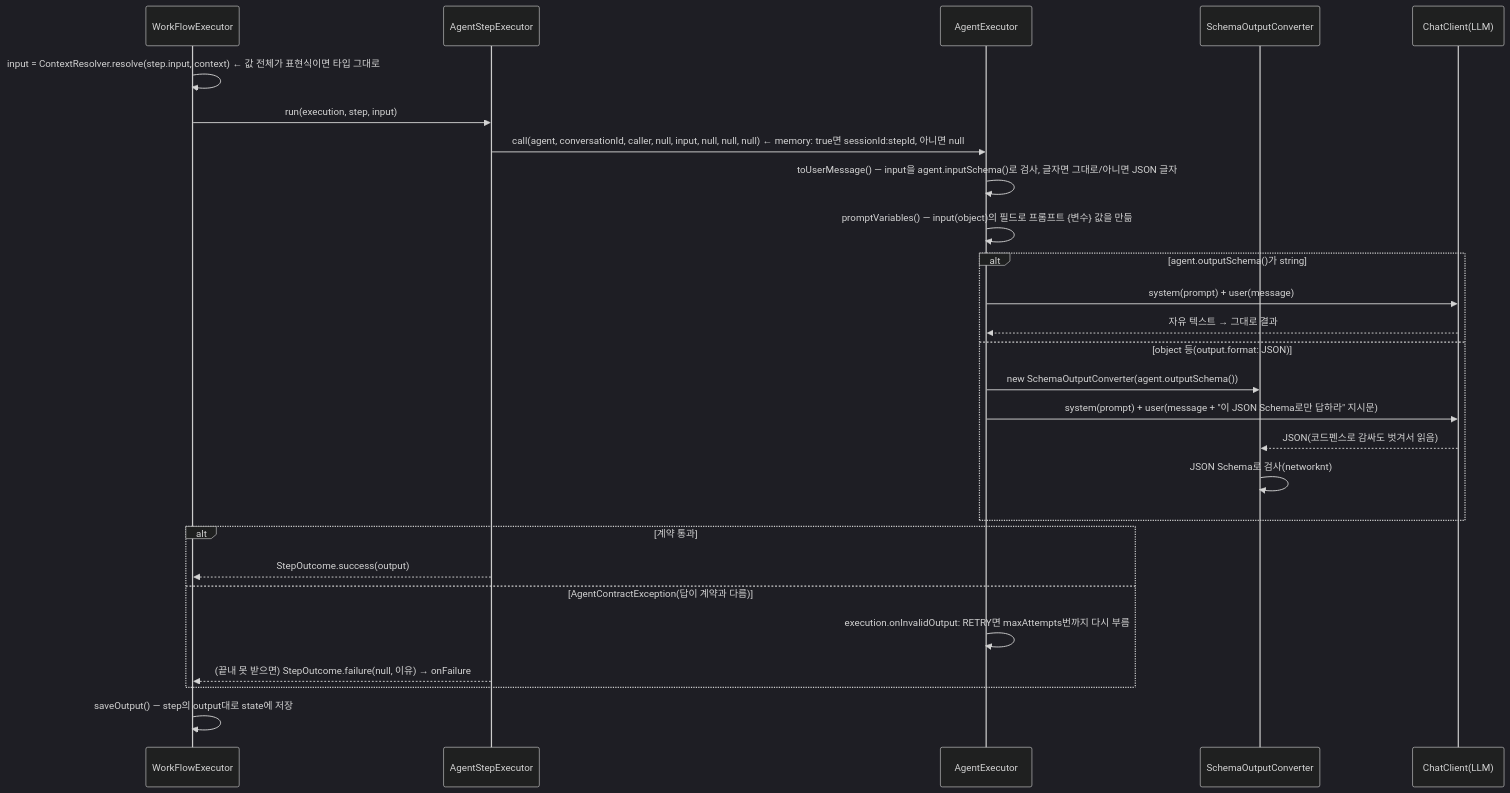
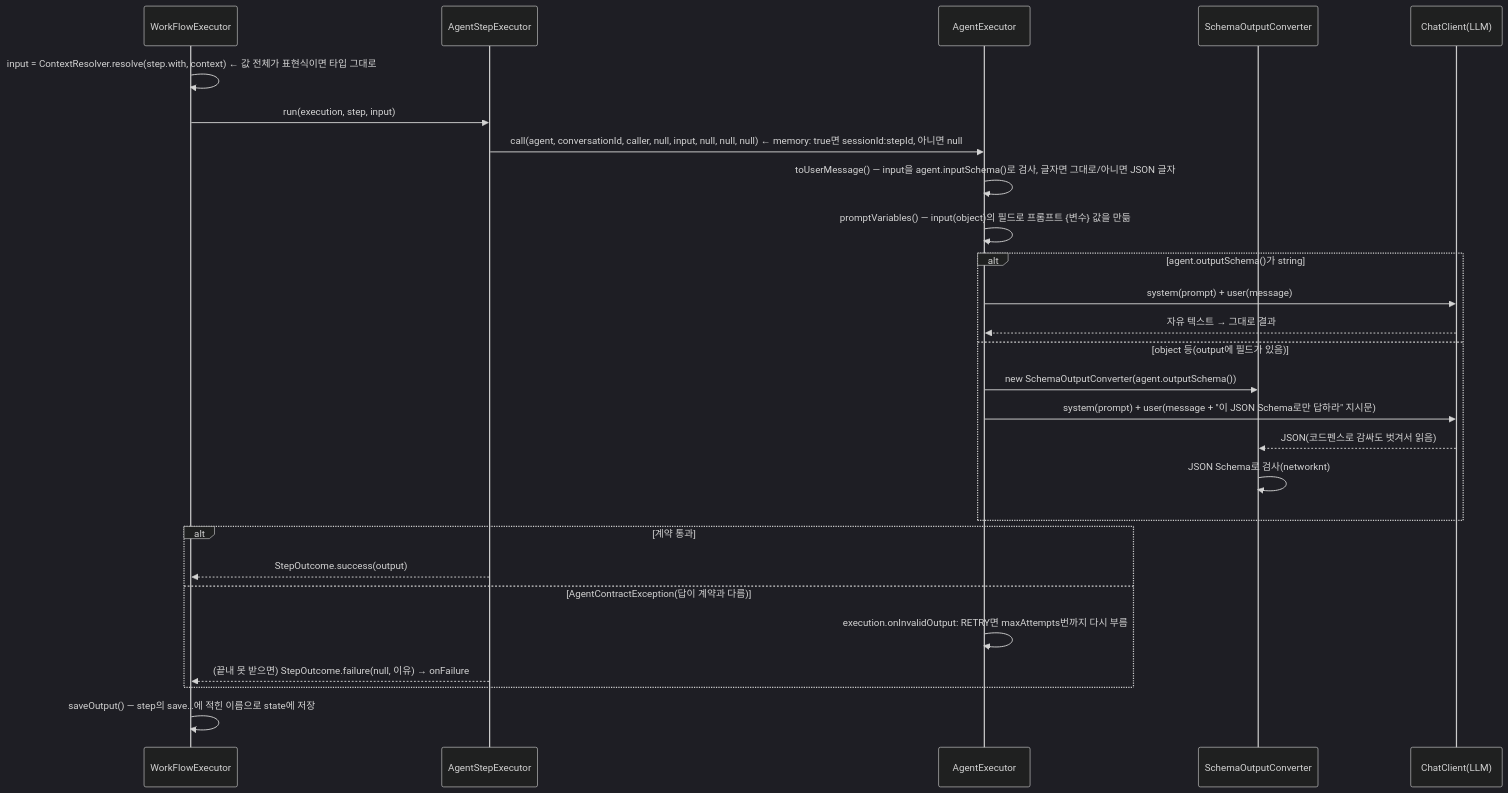
Before and after one commit to YongSoekChoeng/dstone: the sixth of 10 diagrams in docs/09.dstone-ai-engine.md, drawn with Mermaid (dark theme). The commit also changed other lines of this file and 7 other files, not shown here.

First line of the commit message:
docs: 정의 파일 새 형식(.agent.md, Picoschema, with/save/return/state) 반영

````diff
--- a/docs/09.dstone-ai-engine.md
+++ b/docs/09.dstone-ai-engine.md
@@ -766,29 +766,29 @@
 ```mermaid
 sequenceDiagram
     participant WE as WorkFlowExecutor
     participant ASR as AgentStepExecutor
     participant AE as AgentExecutor
     participant CV as SchemaOutputConverter
     participant LLM as ChatClient(LLM)
-    WE->>WE: input = ContextResolver.resolve(step.input, context)  ← 값 전체가 표현식이면 타입 그대로
+    WE->>WE: input = ContextResolver.resolve(step.with, context)  ← 값 전체가 표현식이면 타입 그대로
     WE->>ASR: run(execution, step, input)
     ASR->>AE: call(agent, conversationId, caller, null, input, null, null, null)  ← memory: true면 sessionId:stepId, 아니면 null
     AE->>AE: toUserMessage() — input을 agent.inputSchema()로 검사, 글자면 그대로/아니면 JSON 글자
     AE->>AE: promptVariables() — input(object)의 필드로 프롬프트 {변수} 값을 만듦
     alt agent.outputSchema()가 string
         AE->>LLM: system(prompt) + user(message)
         LLM-->>AE: 자유 텍스트 → 그대로 결과
-    else object 등(output.format: JSON)
+    else object 등(output에 필드가 있음)
         AE->>CV: new SchemaOutputConverter(agent.outputSchema())
         AE->>LLM: system(prompt) + user(message + "이 JSON Schema로만 답하라" 지시문)
         LLM-->>CV: JSON(코드펜스로 감싸도 벗겨서 읽음)
         CV->>CV: JSON Schema로 검사(networknt)
     end
     alt 계약 통과
         ASR-->>WE: StepOutcome.success(output)
     else AgentContractException(답이 계약과 다름)
         AE->>AE: execution.onInvalidOutput: RETRY면 maxAttempts번까지 다시 부름
         ASR-->>WE: (끝내 못 받으면) StepOutcome.failure(null, 이유) → onFailure
     end
-    WE->>WE: saveOutput() — step의 output대로 state에 저장
+    WE->>WE: saveOutput() — step의 save…에 적힌 이름으로 state에 저장
 ```
````
